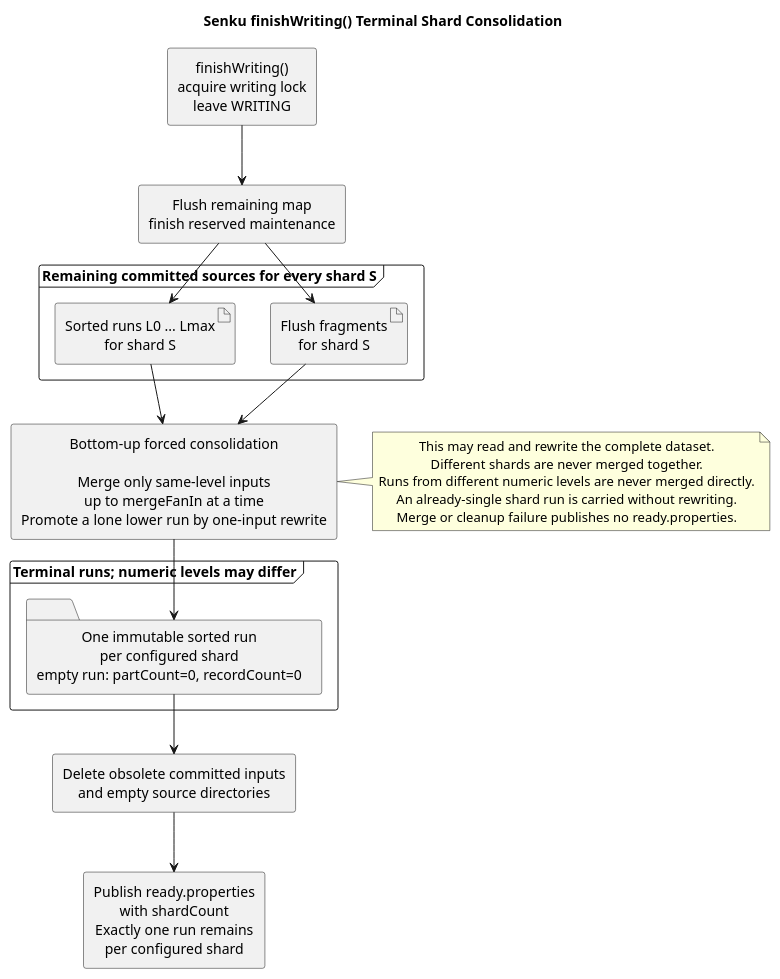
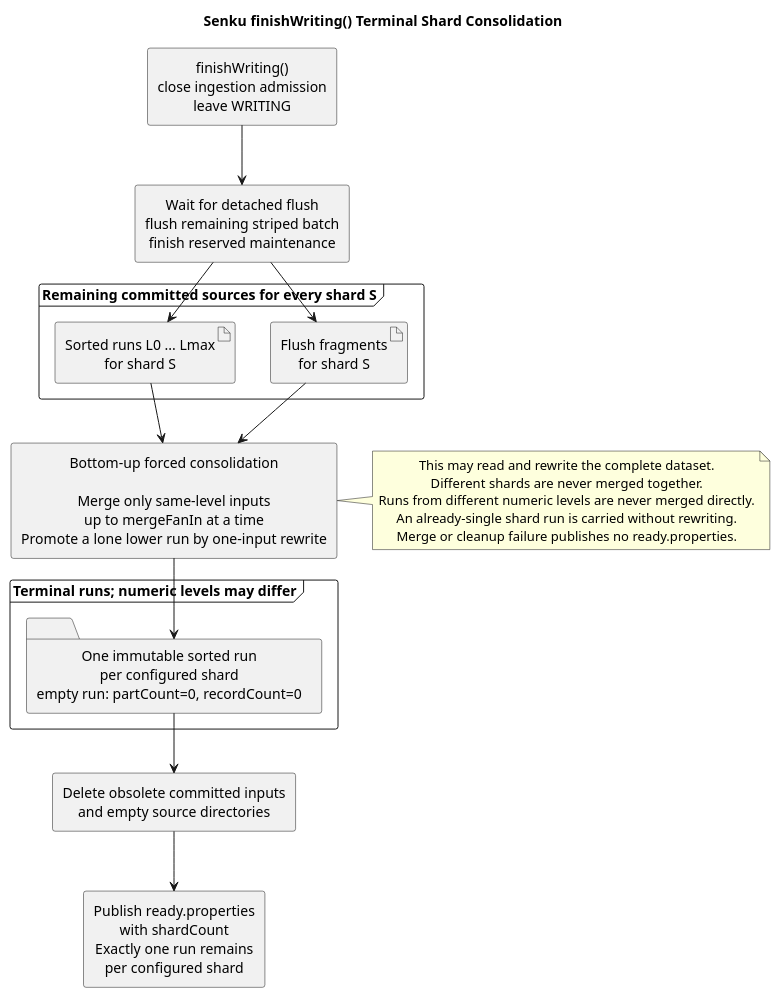
The diagram in docs/development/images/senku-finalization.plantuml (jajir/HestiaStore), drawn with PlantUML before and after one commit. The commit also changed 17 other files, not shown here.

```diff
--- a/docs/development/images/senku-finalization.plantuml
+++ b/docs/development/images/senku-finalization.plantuml
@@ -1,44 +1,44 @@
 @startuml senku-finalization
 skinparam backgroundColor #FFFFFF
 skinparam shadowing false
 skinparam componentStyle rectangle
 skinparam defaultFontName Arial
 skinparam defaultTextAlignment center
 top to bottom direction
 
 title Senku finishWriting() Terminal Shard Consolidation
 
-component "finishWriting()\nacquire writing lock\nleave WRITING" as Finish
-component "Flush remaining map\nfinish reserved maintenance" as Drain
+component "finishWriting()\nclose ingestion admission\nleave WRITING" as Finish
+component "Wait for detached flush\nflush remaining striped batch\nfinish reserved maintenance" as Drain
 
 frame "Remaining committed sources for every shard S" {
   artifact "Flush fragments\nfor shard S" as Flush
   artifact "Sorted runs L0 ... Lmax\nfor shard S" as Runs
 }
 
 component "Bottom-up forced consolidation\n\nMerge only same-level inputs\nup to mergeFanIn at a time\nPromote a lone lower run by one-input rewrite" as Consolidate
 
 frame "Terminal runs; numeric levels may differ" {
   folder "One immutable sorted run\nper configured shard\nempty run: partCount=0, recordCount=0" as FinalRuns
 }
 
 component "Delete obsolete committed inputs\nand empty source directories" as Cleanup
 component "Publish ready.properties\nwith shardCount\nExactly one run remains\nper configured shard" as Ready
 
 Finish --> Drain
 Drain --> Flush
 Drain --> Runs
 Flush --> Consolidate
 Runs --> Consolidate
 Consolidate --> FinalRuns
 FinalRuns --> Cleanup
 Cleanup --> Ready
 
 note right of Consolidate
 This may read and rewrite the complete dataset.
 Different shards are never merged together.
 Runs from different numeric levels are never merged directly.
 An already-single shard run is carried without rewriting.
 Merge or cleanup failure publishes no ready.properties.
 end note
 @enduml
```
